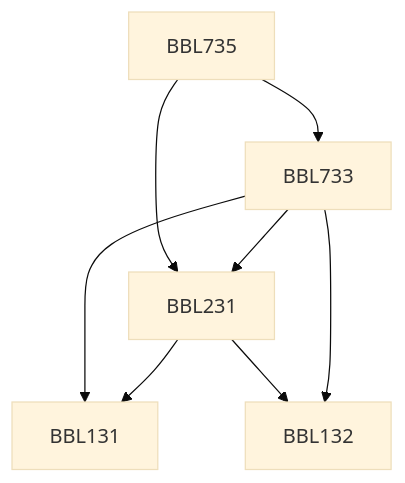
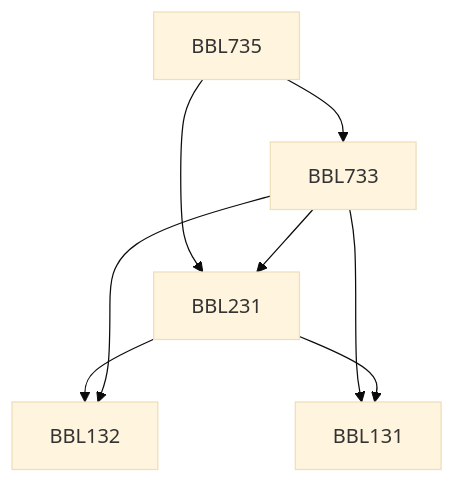
One commit to KeshavBansal0122/CoS_Website changed the diagram in content/Biochemical Engineering and Biotechnology/BBL735.md. Above: the diagram before and after it, drawn with Mermaid (base theme). The commit also changed other lines of this file and 2667 other files, not shown here.

````diff
--- a/content/Biochemical Engineering and Biotechnology/BBL735.md
+++ b/content/Biochemical Engineering and Biotechnology/BBL735.md
@@ -15,14 +13,14 @@
 ```mermaid
 flowchart TD
-BBL735-51[BBL735]
-BBL735-51 --> BBL231-51[BBL231]
-BBL733-51 --> BBL231-51[BBL231]
-BBL733-51 --> BBL131-51[BBL131]
-BBL231-51 --> BBL131-51[BBL131]
-BBL231-51 --> BBL132-51[BBL132]
-BBL733-51 --> BBL132-51[BBL132]
-BBL735-51 --> BBL733-51[BBL733]
+BBL735-88[BBL735]
+BBL231-88 --> BBL132-88[BBL132]
+BBL733-88 --> BBL131-88[BBL131]
+BBL735-88 --> BBL231-88[BBL231]
+BBL733-88 --> BBL132-88[BBL132]
+BBL231-88 --> BBL131-88[BBL131]
+BBL733-88 --> BBL231-88[BBL231]
+BBL735-88 --> BBL733-88[BBL733]
 
 classDef empty height:17px, fill:transparent, stroke:transparent;
 classDef trueEmpty height:0px, width:0px;
 ```
````
